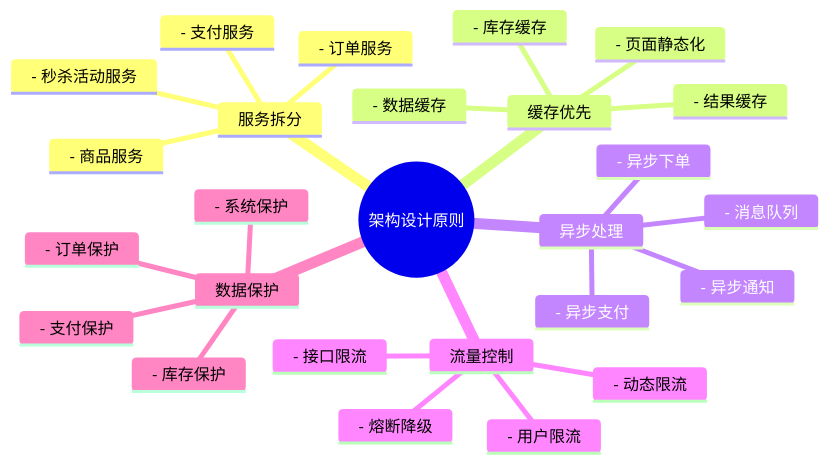
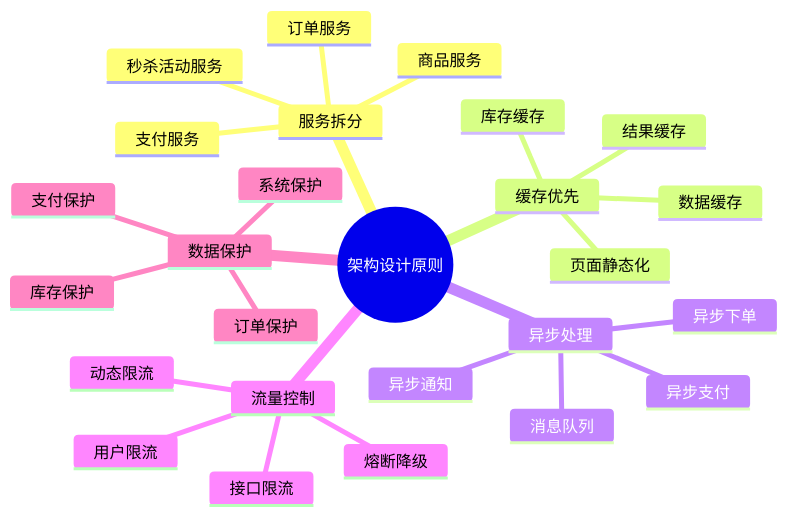
The second of 4 diagrams in content/notes/seckill-system-design.md (suogongy/suogongy.github.io), drawn with Mermaid before and after one commit. The commit also changed other lines of this file and 1 other file, not shown here.

Commit message:
refactor

````diff
--- a/content/notes/seckill-system-design.md
+++ b/content/notes/seckill-system-design.md
@@ -45,29 +45,29 @@
 ```mermaid
 mindmap
   root((架构设计原则))
     服务拆分
-      - 秒杀活动服务
-      - 商品服务
-      - 订单服务
-      - 支付服务
+      秒杀活动服务
+      商品服务
+      订单服务
+      支付服务
     缓存优先
-      - 页面静态化
-      - 数据缓存
-      - 库存缓存
-      - 结果缓存
+      页面静态化
+      数据缓存
+      库存缓存
+      结果缓存
     异步处理
-      - 消息队列
-      - 异步下单
-      - 异步支付
-      - 异步通知
+      消息队列
+      异步下单
+      异步支付
+      异步通知
     流量控制
-      - 接口限流
-      - 用户限流
-      - 动态限流
-      - 熔断降级
+      接口限流
+      用户限流
+      动态限流
+      熔断降级
     数据保护
-      - 库存保护
-      - 订单保护
-      - 支付保护
-      - 系统保护
+      库存保护
+      订单保护
+      支付保护
+      系统保护
 ```
````
